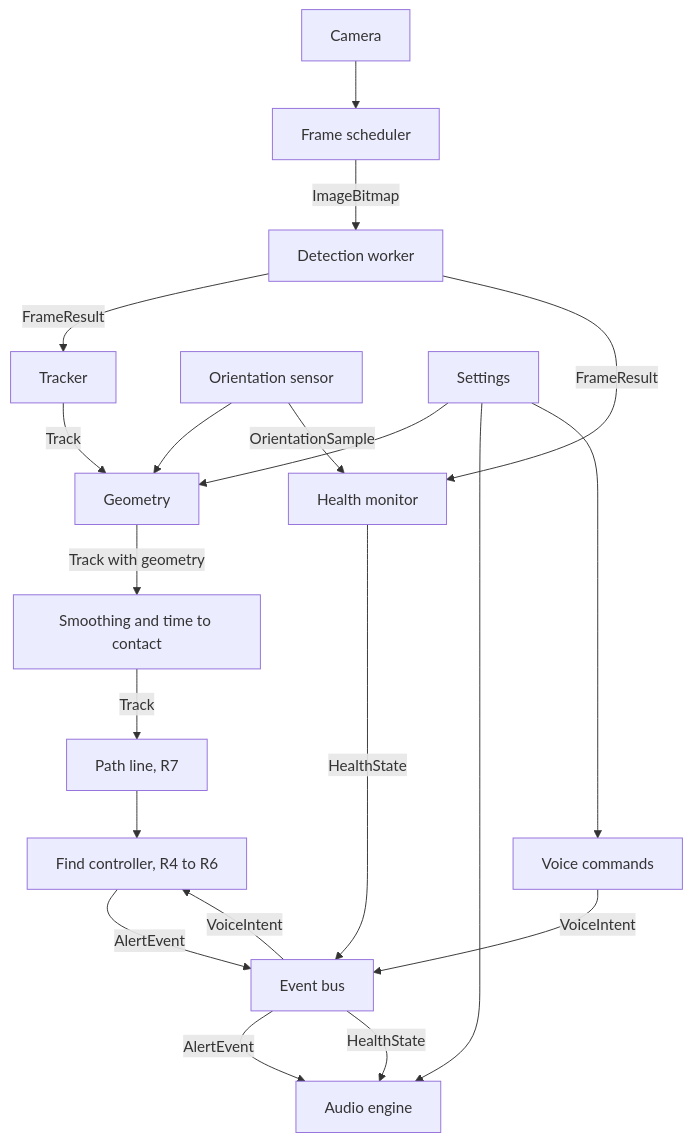
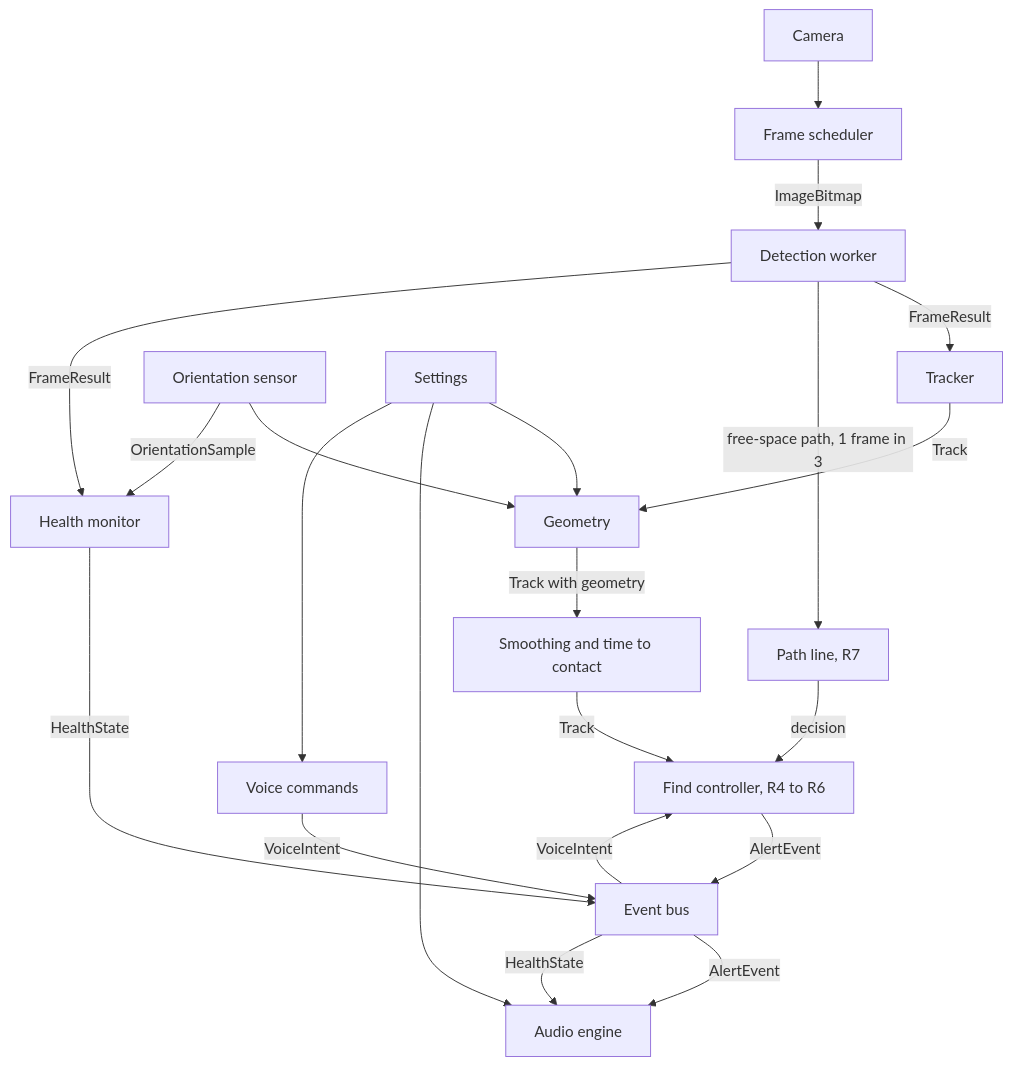
One commit to PyStarJosh/kenshi changed the first of 2 diagrams in docs/SDS.md. Above: the diagram before and after it, drawn with Mermaid. The commit also changed other lines of this file and 30 other files, not shown here.

First line of the commit message:
feat(r7): free-space path line

````diff
--- a/docs/SDS.md
+++ b/docs/SDS.md
@@ -9,22 +9,23 @@
 ```mermaid
 flowchart TD
   CAM[Camera] --> SCH[Frame scheduler]
   SCH -->|ImageBitmap| WRK[Detection worker]
   WRK -->|FrameResult| TRK[Tracker]
   ORI[Orientation sensor] --> GEO[Geometry]
   SET[Settings] --> GEO
   TRK -->|Track| GEO
   GEO -->|Track with geometry| MOT[Smoothing and time to contact]
-  MOT -->|Track| RTE[Path line, R7]
-  RTE --> FND[Find controller, R4 to R6]
+  WRK -->|free-space path, 1 frame in 3| RTE[Path line, R7]
+  MOT -->|Track| FND[Find controller, R4 to R6]
+  RTE -->|decision| FND
   FND -->|AlertEvent| BUS[Event bus]
   VOI[Voice commands] -->|VoiceIntent| BUS
   BUS -->|AlertEvent| AUD[Audio engine]
   SET --> AUD
   SET --> VOI
   WRK -->|FrameResult| HLT[Health monitor]
   ORI -->|OrientationSample| HLT
   HLT -->|HealthState| BUS
   BUS -->|HealthState| AUD
   BUS -->|VoiceIntent| FND
 ```
````
